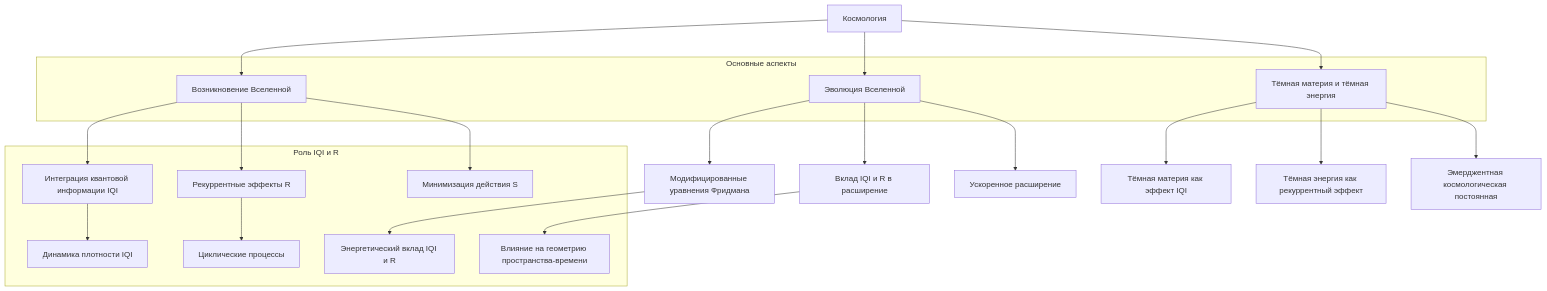
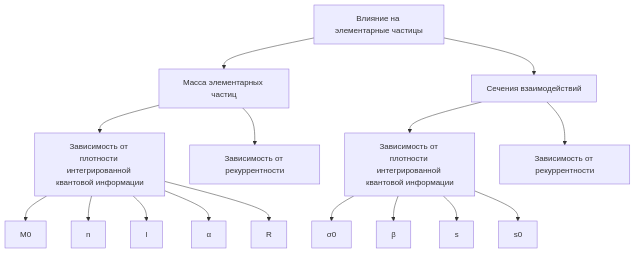
Diagram 14 of 28 in The-Theory-of-Everything.md (commeta/consciousness), drawn with Mermaid before and after one commit. The commit also changed other lines of this file, not shown here.

````diff
--- a/The-Theory-of-Everything.md
+++ b/The-Theory-of-Everything.md
@@ -671,40 +459,18 @@
 ```mermaid
-graph TB
-    A[Космология]
-    A --> B[Возникновение Вселенной]
-    A --> C[Эволюция Вселенной]
-    A --> D[Тёмная материя и тёмная энергия]
-
-    B --> E[Интеграция квантовой информации IQI]
-    B --> F[Рекуррентные эффекты R]
-    B --> G[Минимизация действия S]
-
-    C --> H[Модифицированные уравнения Фридмана]
-    C --> I[Вклад IQI и R в расширение]
-    C --> J[Ускоренное расширение]
-
-    D --> K[Тёмная материя как эффект IQI]
-    D --> L[Тёмная энергия как рекуррентный эффект]
-    D --> M[Эмерджентная космологическая постоянная]
-
-    E --> N[Динамика плотности IQI]
-    F --> O[Циклические процессы]
-    H --> P[Энергетический вклад IQI и R]
-    I --> Q[Влияние на геометрию пространства-времени]
-
-    subgraph Основные аспекты
-        B
-        C
-        D
-    end
-
-    subgraph Роль IQI и R
-        E
-        F
-        G
-        N
-        O
-        P
-        Q
-    end
+graph TD
+    A[Влияние на элементарные частицы] --> B[Масса элементарных частиц]
+    A --> C[Сечения взаимодействий]
+    B --> D[Зависимость от плотности интегрированной квантовой информации]
+    B --> E[Зависимость от рекуррентности]
+    C --> F[Зависимость от плотности интегрированной квантовой информации]
+    C --> G[Зависимость от рекуррентности]
+    D --> H[M0]
+    D --> I[n]
+    D --> J[l]
+    D --> K[α]
+    D --> L[R]
+    F --> M[σ0]
+    F --> N[β]
+    F --> O[s]
+    F --> P[s0]
 ```
````
